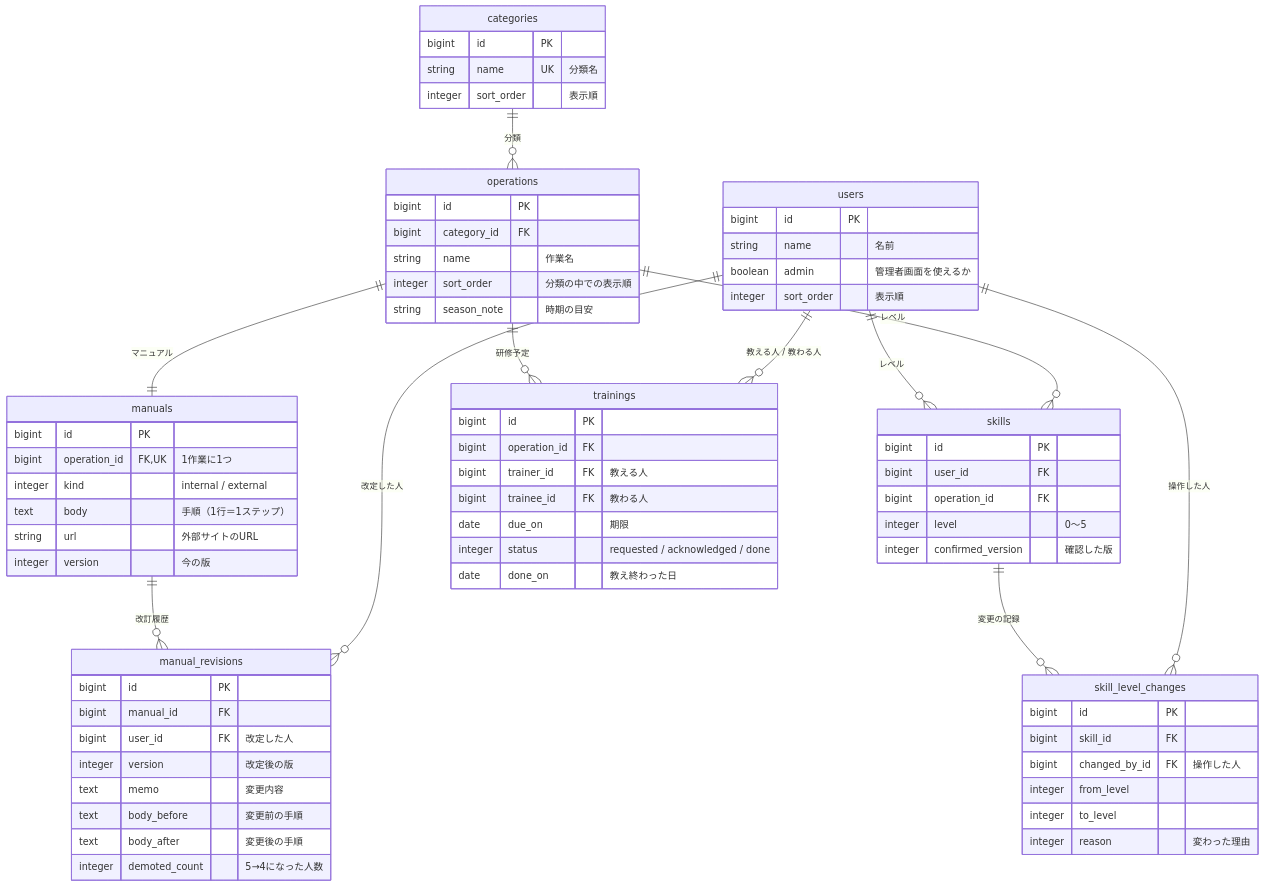
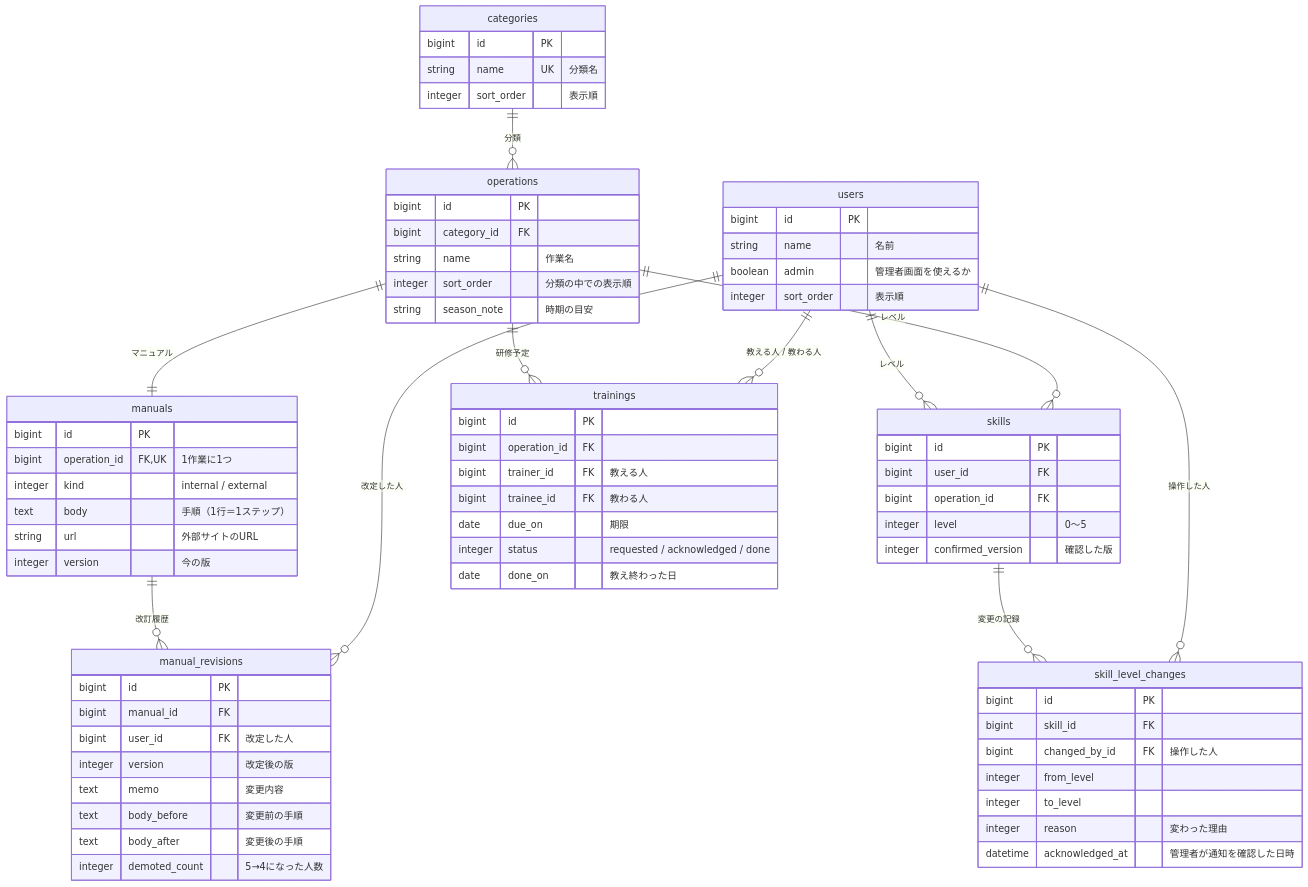
Before and after one commit to amiami/NCT_RUNTEQ_hackathon_app: the diagram in docs/data-model.md, drawn with Mermaid. The commit also changed other lines of this file and 1 other file, not shown here.

````diff
--- a/docs/data-model.md
+++ b/docs/data-model.md
@@ -25,74 +25,75 @@
 ```mermaid
 erDiagram
   categories ||--o{ operations : "分類"
   operations ||--|| manuals : "マニュアル"
   manuals ||--o{ manual_revisions : "改訂履歴"
   users ||--o{ manual_revisions : "改定した人"
   users ||--o{ skills : "レベル"
   operations ||--o{ skills : "レベル"
   skills ||--o{ skill_level_changes : "変更の記録"
   users ||--o{ skill_level_changes : "操作した人"
   operations ||--o{ trainings : "研修予定"
   users ||--o{ trainings : "教える人 / 教わる人"
 
   users {
     bigint id PK
     string name "名前"
     boolean admin "管理者画面を使えるか"
     integer sort_order "表示順"
   }
   categories {
     bigint id PK
     string name UK "分類名"
     integer sort_order "表示順"
   }
   operations {
     bigint id PK
     bigint category_id FK
     string name "作業名"
     integer sort_order "分類の中での表示順"
     string season_note "時期の目安"
   }
   manuals {
     bigint id PK
     bigint operation_id FK,UK "1作業に1つ"
     integer kind "internal / external"
     text body "手順（1行＝1ステップ）"
     string url "外部サイトのURL"
     integer version "今の版"
   }
   manual_revisions {
     bigint id PK
     bigint manual_id FK
     bigint user_id FK "改定した人"
     integer version "改定後の版"
     text memo "変更内容"
     text body_before "変更前の手順"
     text body_after "変更後の手順"
     integer demoted_count "5→4になった人数"
   }
   skills {
     bigint id PK
     bigint user_id FK
     bigint operation_id FK
     integer level "0〜5"
     integer confirmed_version "確認した版"
   }
   skill_level_changes {
     bigint id PK
     bigint skill_id FK
     bigint changed_by_id FK "操作した人"
     integer from_level
     integer to_level
     integer reason "変わった理由"
+    datetime acknowledged_at "管理者が通知を確認した日時"
   }
   trainings {
     bigint id PK
     bigint operation_id FK
     bigint trainer_id FK "教える人"
     bigint trainee_id FK "教わる人"
     date due_on "期限"
     integer status "requested / acknowledged / done"
     date done_on "教え終わった日"
   }
 ```
````
